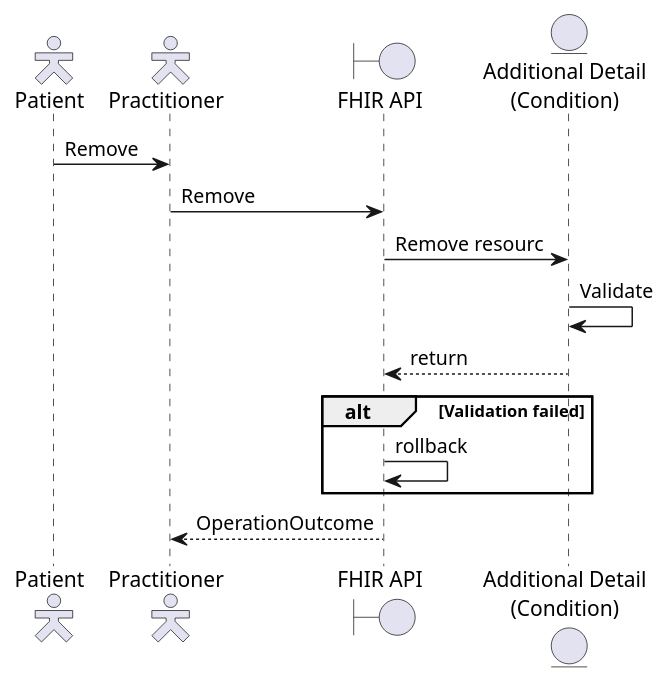
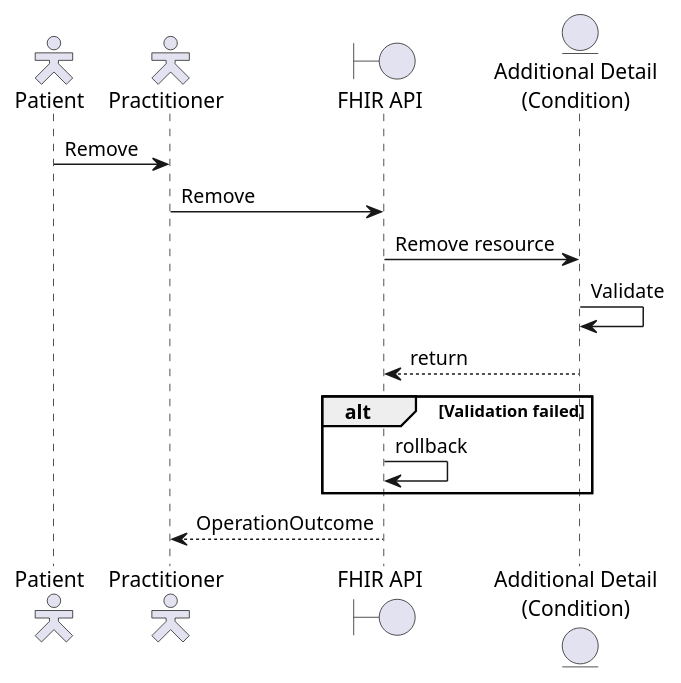
Before and after one commit to NHSDigital/ra-sandbox: the diagram in input/images-source/remove-ra-condition-sequence.plantuml, drawn with PlantUML. The commit also changed 2 other files, not shown here.

```diff
--- a/input/images-source/remove-ra-condition-sequence.plantuml
+++ b/input/images-source/remove-ra-condition-sequence.plantuml
@@ -1,22 +1,22 @@
 @startuml
 
 skinparam actorStyle hollow
 
 actor        "Patient"          as pat
 actor        "Practitioner"     as pra
 boundary     "FHIR API"         as api
 entity       "Additional Detail\n(Condition)"  as add
 
   pat ->  pra : Remove
   pra ->  api : Remove
-  api ->  add : Remove resourc
+  api ->  add : Remove resource
   
   add ->  add : Validate
   api <-- add : return
   alt Validation failed
     api -> api : rollback
   end
 
 pra <-- api : OperationOutcome
 
 @enduml
```
